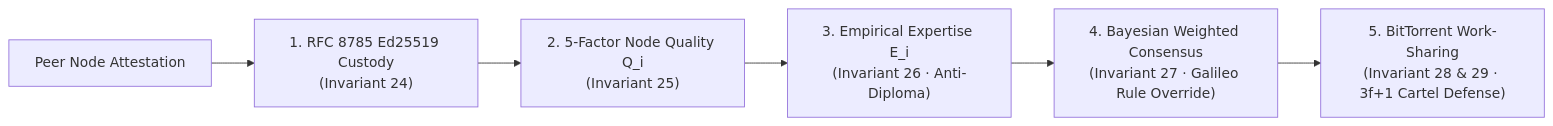
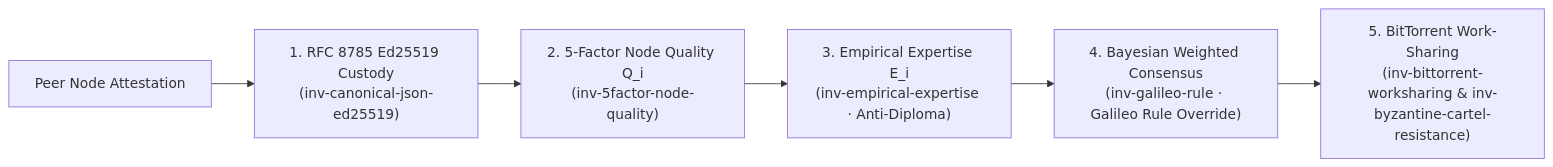
The third of 4 diagrams in docs/invariants.md (artibyrd/credence-docs), drawn with Mermaid before and after one commit. The commit also changed other lines of this file and 3 other files, not shown here.

````diff
--- a/docs/invariants.md
+++ b/docs/invariants.md
@@ -184,8 +207,8 @@
 ```mermaid
 flowchart LR
-    Node["Peer Node Attestation"] --> Sig["1. RFC 8785 Ed25519 Custody<br/>(Invariant 24)"]
-    Sig --> Qual["2. 5-Factor Node Quality Q_i<br/>(Invariant 25)"]
-    Qual --> Exp["3. Empirical Expertise E_i<br/>(Invariant 26 · Anti-Diploma)"]
-    Exp --> Consensus["4. Bayesian Weighted Consensus<br/>(Invariant 27 · Galileo Rule Override)"]
-    Consensus --> Mesh["5. BitTorrent Work-Sharing<br/>(Invariant 28 & 29 · 3f+1 Cartel Defense)"]
+    Node["Peer Node Attestation"] --> Sig["1. RFC 8785 Ed25519 Custody<br/>(inv-canonical-json-ed25519)"]
+    Sig --> Qual["2. 5-Factor Node Quality Q_i<br/>(inv-5factor-node-quality)"]
+    Qual --> Exp["3. Empirical Expertise E_i<br/>(inv-empirical-expertise · Anti-Diploma)"]
+    Exp --> Consensus["4. Bayesian Weighted Consensus<br/>(inv-galileo-rule · Galileo Rule Override)"]
+    Consensus --> Mesh["5. BitTorrent Work-Sharing<br/>(inv-bittorrent-worksharing & inv-byzantine-cartel-resistance)"]
 ```
````
